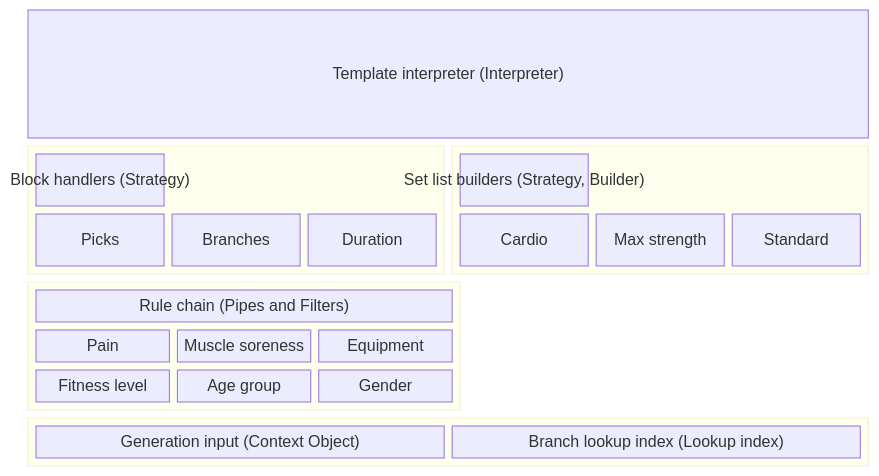
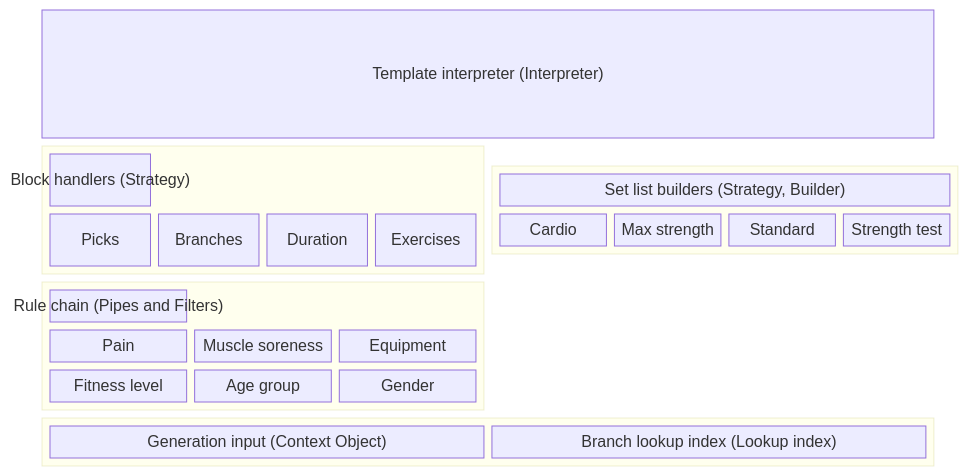
Before and after one commit to digital-athletic/sports-athletic: the second of 2 diagrams in athlete-mobile/docs/adr/workout-generator-architecture.md, drawn with Mermaid. The commit also changed other lines of this file and 3 other files, not shown here.

Commit message:
feat: add strength test source and ADRs

````diff
--- a/athlete-mobile/docs/adr/workout-generator-architecture.md
+++ b/athlete-mobile/docs/adr/workout-generator-architecture.md
@@ -64,26 +65,26 @@
 ```mermaid
 block-beta
     columns 2
     interpreter["Template interpreter (Interpreter)"]:2
     block:handlers
-        columns 3
-        handlersTitle["Block handlers (Strategy)"]:3
-        picks["Picks"] branches["Branches"] duration["Duration"]
+        columns 4
+        handlersTitle["Block handlers (Strategy)"]:4
+        picks["Picks"] branches["Branches"] duration["Duration"] exercises["Exercises"]
     end
     block:builders
-        columns 3
-        buildersTitle["Set list builders (Strategy, Builder)"]:3
-        cardio["Cardio"] maxStrength["Max strength"] standard["Standard"]
+        columns 4
+        buildersTitle["Set list builders (Strategy, Builder)"]:4
+        cardio["Cardio"] maxStrength["Max strength"] standard["Standard"] strengthTest["Strength test"]
     end
     block:rules
         columns 3
         rulesTitle["Rule chain (Pipes and Filters)"]:3
         pain["Pain"] soreness["Muscle soreness"] equipment["Equipment"]
         level["Fitness level"] ageGroup["Age group"] gender["Gender"]
     end
     space
     block:context:2
         columns 2
         input["Generation input (Context Object)"] index["Branch lookup index (Lookup index)"]
     end
 ```
````
